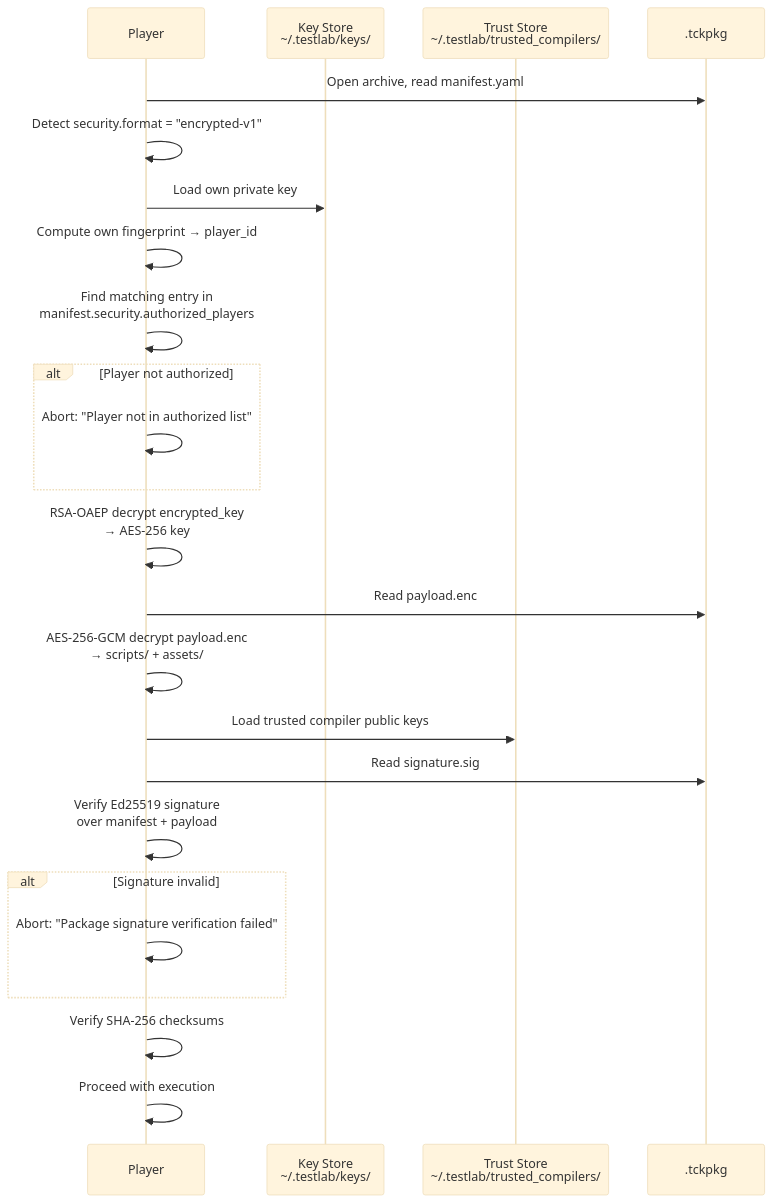
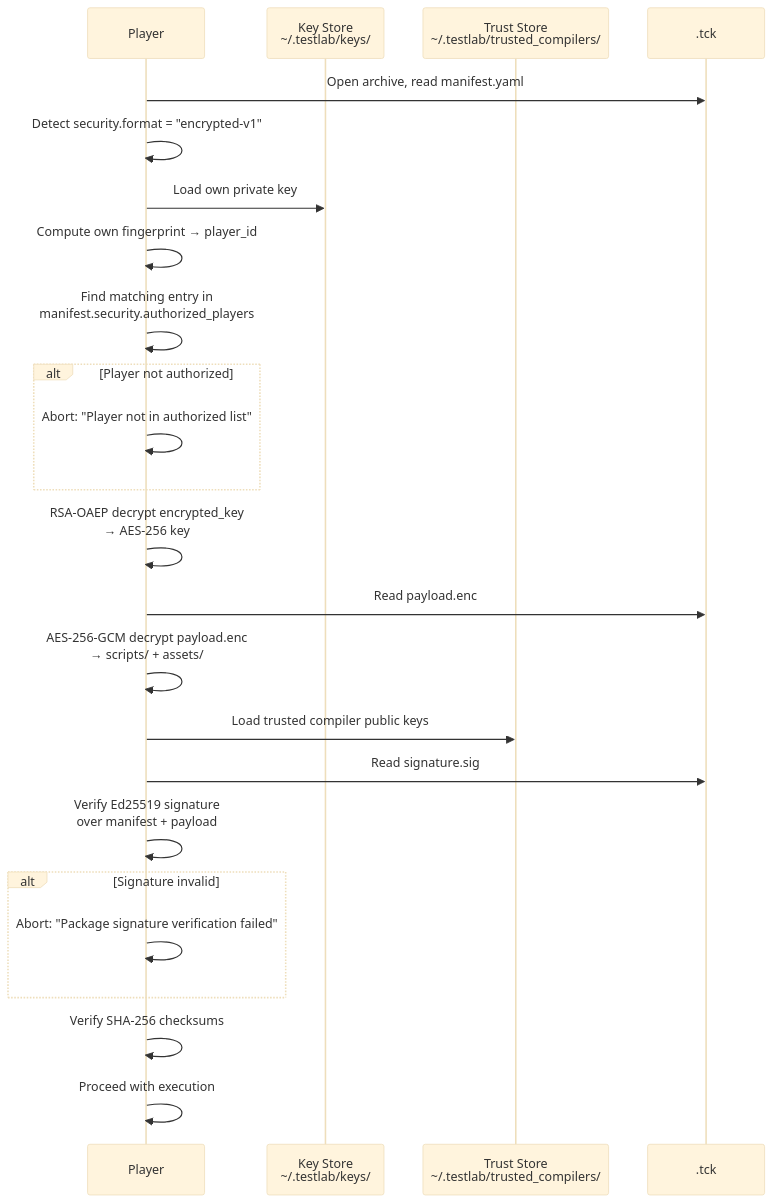
Diagram 11 of 15 in docs/specification/specification/concepts.md (eclipse-tractusx/tractusx-testlab), drawn with Mermaid (base theme) before and after one commit. The commit also changed other lines of this file and 305 other files, not shown here.

````diff
--- a/docs/specification/specification/concepts.md
+++ b/docs/specification/specification/concepts.md
@@ -441,31 +441,31 @@
 ```mermaid
 sequenceDiagram
     participant P as Player
     participant KS as Key Store<br/>~/.testlab/keys/
     participant TS as Trust Store<br/>~/.testlab/trusted_compilers/
-    participant PKG as .tckpkg
+    participant PKG as .tck
 
     P->>PKG: Open archive, read manifest.yaml
     P->>P: Detect security.format = "encrypted-v1"
     P->>KS: Load own private key
     P->>P: Compute own fingerprint → player_id
     P->>P: Find matching entry in<br/>manifest.security.authorized_players
 
     alt Player not authorized
         P->>P: Abort: "Player not in authorized list"
     end
 
     P->>P: RSA-OAEP decrypt encrypted_key<br/>→ AES-256 key
     P->>PKG: Read payload.enc
     P->>P: AES-256-GCM decrypt payload.enc<br/>→ scripts/ + assets/
     P->>TS: Load trusted compiler public keys
     P->>PKG: Read signature.sig
     P->>P: Verify Ed25519 signature<br/>over manifest + payload
 
     alt Signature invalid
         P->>P: Abort: "Package signature verification failed"
     end
 
     P->>P: Verify SHA-256 checksums
     P->>P: Proceed with execution
 ```
````
